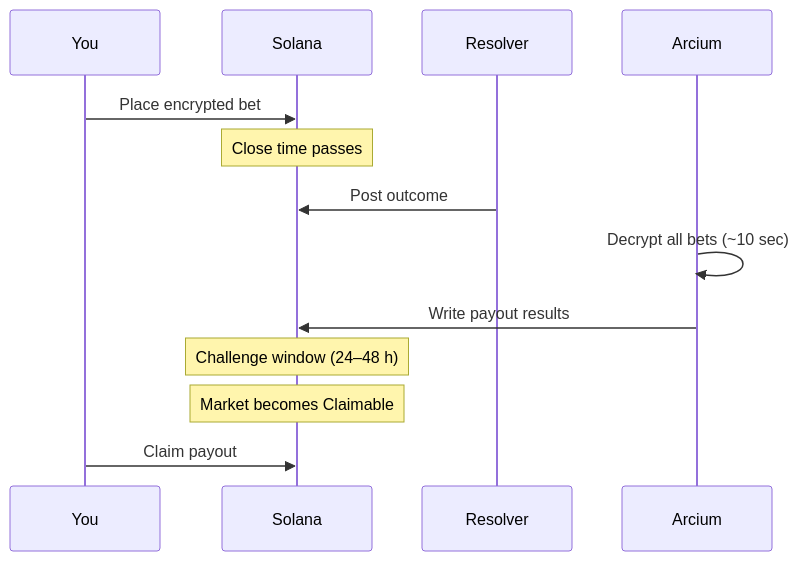
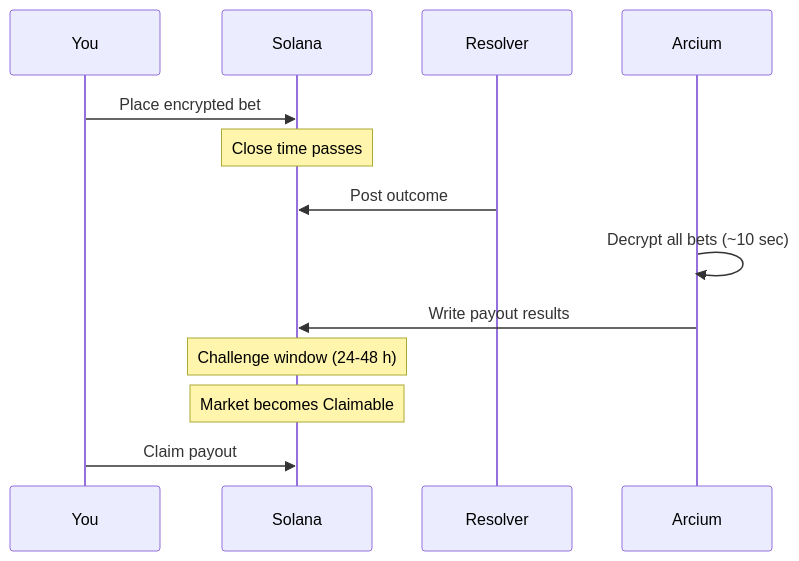
Before and after one commit to cypher-zk/docs: the diagram in how-it-works/lifecycle.mdx, drawn with Mermaid. The commit also changed other lines of this file and 19 other files, not shown here.

````diff
--- a/how-it-works/lifecycle.mdx
+++ b/how-it-works/lifecycle.mdx
@@ -10,16 +10,16 @@
 ```mermaid
 sequenceDiagram
     participant B as You
     participant S as Solana
     participant R as Resolver
     participant A as Arcium
 
     B->>S: Place encrypted bet
     Note over S: Close time passes
     R->>S: Post outcome
     A->>A: Decrypt all bets (~10 sec)
     A->>S: Write payout results
-    Note over S: Challenge window (24–48 h)
+    Note over S: Challenge window (24-48 h)
     Note over S: Market becomes Claimable
     B->>S: Claim payout
 ```
````
